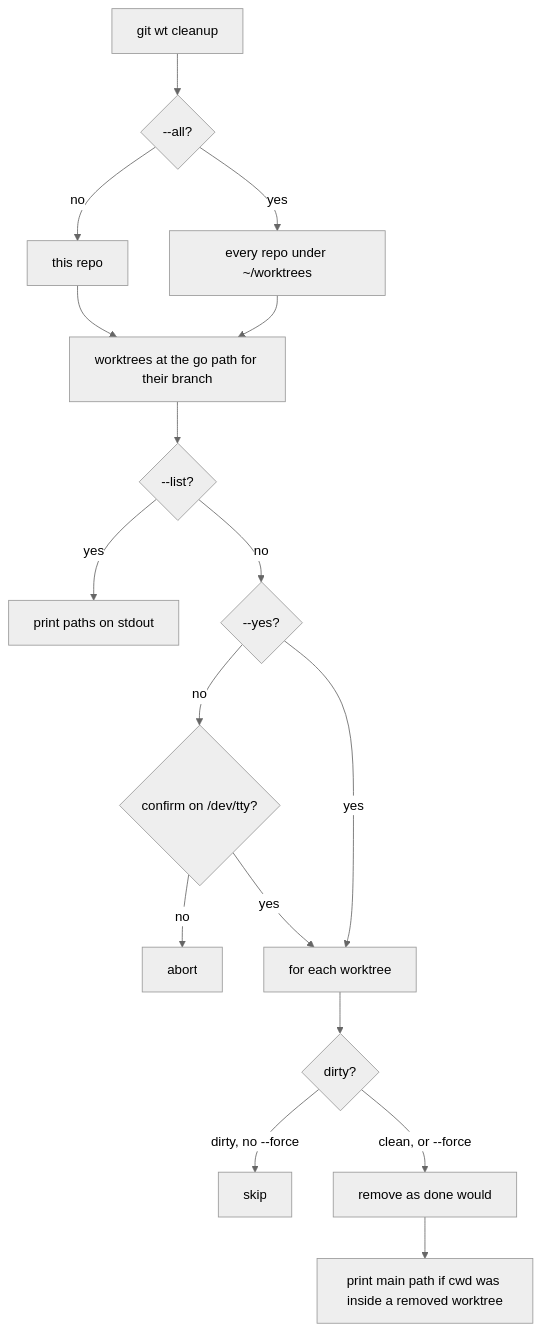
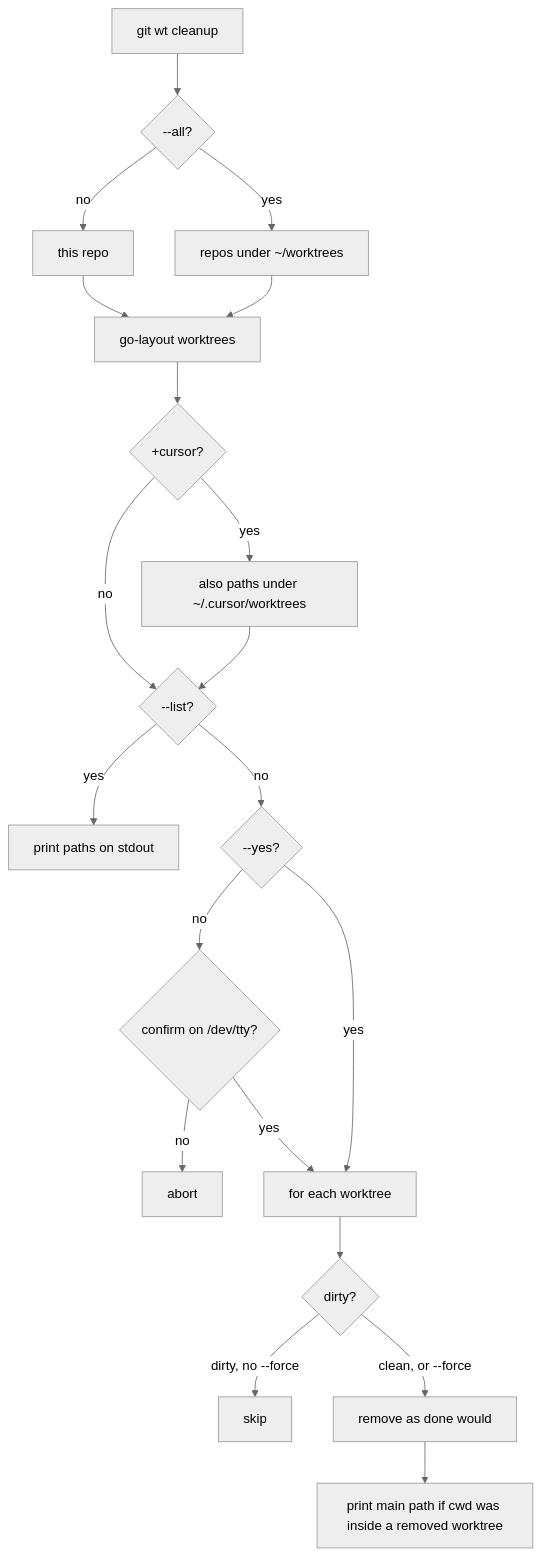
One commit to Texarkanine/git-aliases changed the second of 2 diagrams in subcommands/git-wt/README.md. Above: the diagram before and after it, drawn with Mermaid (neutral theme). The commit also changed other lines of this file and 7 other files, not shown here.

````diff
--- a/subcommands/git-wt/README.md
+++ b/subcommands/git-wt/README.md
@@ -136,19 +138,22 @@
 ```mermaid
 flowchart TD
     A["git wt cleanup"] --> B{"--all?"}
     B -->|no| C["this repo"]
-    B -->|yes| D["every repo under ~/worktrees"]
-    C --> E["worktrees at the go path for their branch"]
+    B -->|yes| D["repos under ~/worktrees"]
+    C --> E["go-layout worktrees"]
     D --> E
-    E --> F{"--list?"}
+    E --> Ec{"+cursor?"}
+    Ec -->|no| F{"--list?"}
+    Ec -->|yes| Ed["also paths under ~/.cursor/worktrees"]
+    Ed --> F
     F -->|yes| G["print paths on stdout"]
     F -->|no| H{"--yes?"}
     H -->|no| I{"confirm on /dev/tty?"}
     I -->|no| J["abort"]
     I -->|yes| K["for each worktree"]
     H -->|yes| K
     K --> L{"dirty?"}
     L -->|"dirty, no --force"| M["skip"]
     L -->|"clean, or --force"| N["remove as done would"]
     N --> O["print main path if cwd was inside a removed worktree"]
 ```
````
